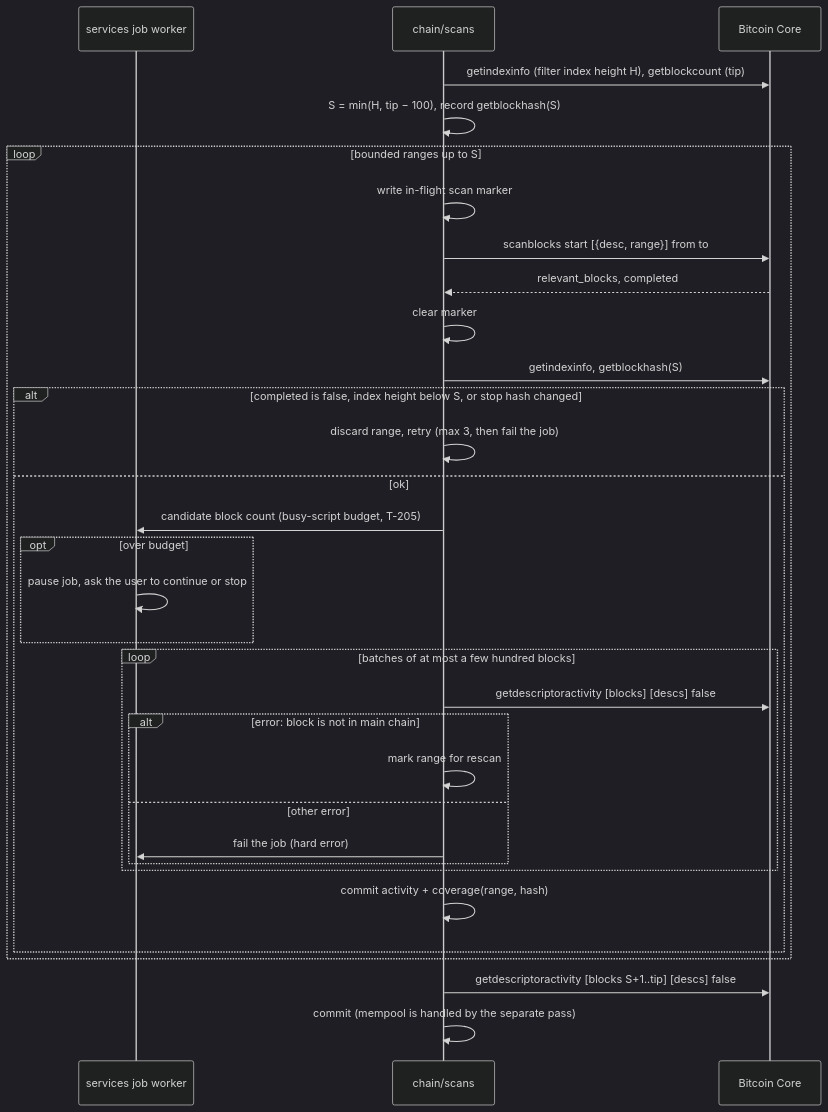
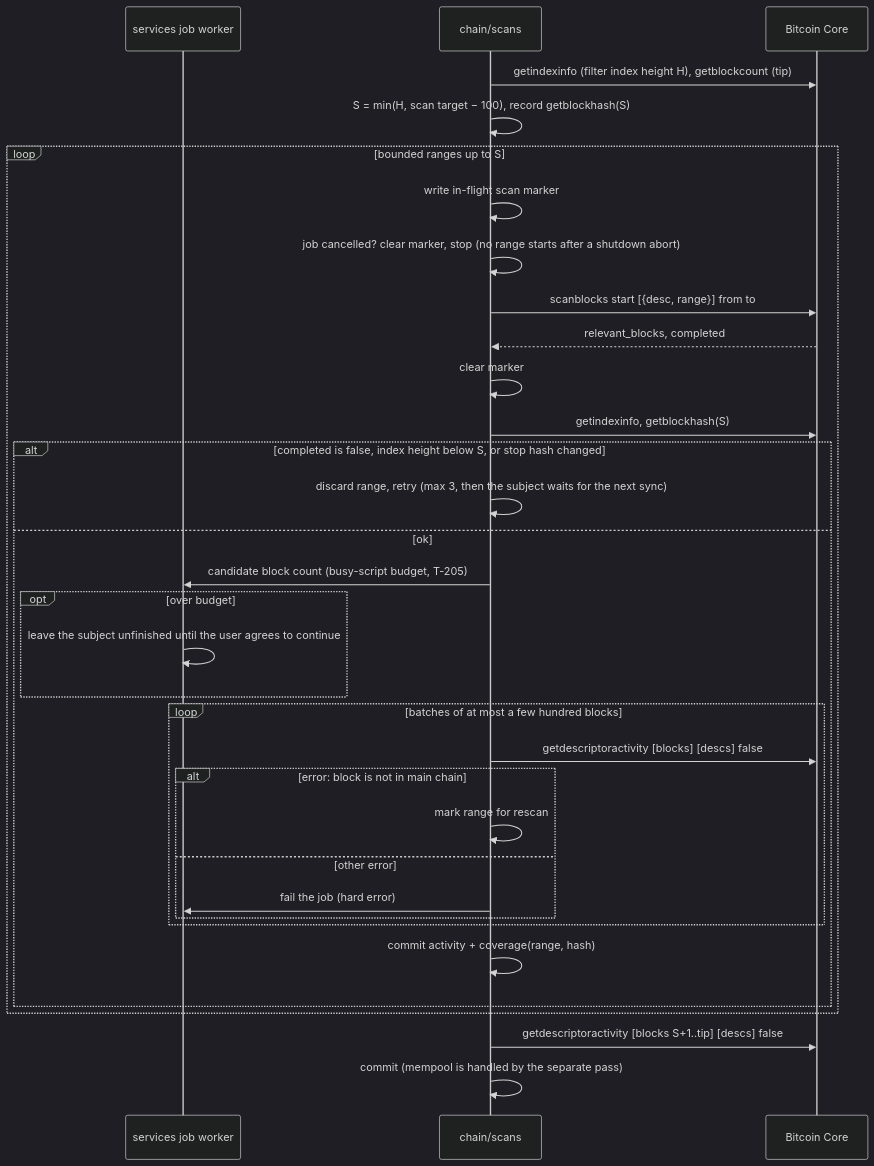
One commit to kristovatlas/coin-accounting changed the sixth of 9 diagrams in docs/architecture.md. Above: the diagram before and after it, drawn with Mermaid (dark theme). The commit also changed other lines of this file and 4 other files, not shown here.

````diff
--- a/docs/architecture.md
+++ b/docs/architecture.md
@@ -289,34 +290,35 @@
 ```mermaid
 sequenceDiagram
   participant J as services job worker
   participant C as chain/scans
   participant N as Bitcoin Core
   C->>N: getindexinfo (filter index height H), getblockcount (tip)
-  C->>C: S = min(H, tip − 100), record getblockhash(S)
+  C->>C: S = min(H, scan target − 100), record getblockhash(S)
   loop bounded ranges up to S
     C->>C: write in-flight scan marker
+    C->>C: job cancelled? clear marker, stop (no range starts after a shutdown abort)
     C->>N: scanblocks start [{desc, range}] from to
     N-->>C: relevant_blocks, completed
     C->>C: clear marker
     C->>N: getindexinfo, getblockhash(S)
     alt completed is false, index height below S, or stop hash changed
-      C->>C: discard range, retry (max 3, then fail the job)
+      C->>C: discard range, retry (max 3, then the subject waits for the next sync)
     else ok
       C->>J: candidate block count (busy-script budget, T-205)
       opt over budget
-        J->>J: pause job, ask the user to continue or stop
+        J->>J: leave the subject unfinished until the user agrees to continue
       end
       loop batches of at most a few hundred blocks
         C->>N: getdescriptoractivity [blocks] [descs] false
         alt error: block is not in main chain
           C->>C: mark range for rescan
         else other error
           C->>J: fail the job (hard error)
         end
       end
       C->>C: commit activity + coverage(range, hash)
     end
   end
   C->>N: getdescriptoractivity [blocks S+1..tip] [descs] false
   C->>C: commit (mempool is handled by the separate pass)
 ```
````
